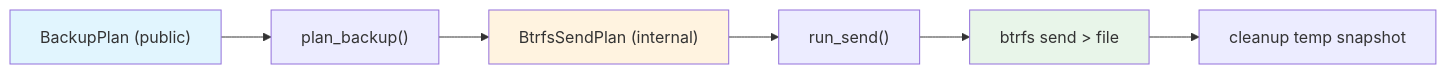
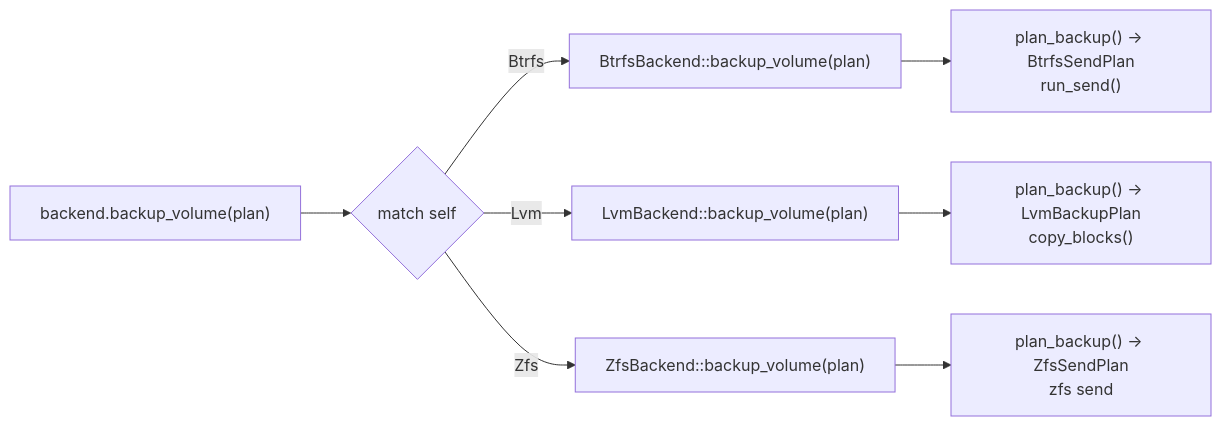
One commit to XUranus/vpt-rs changed the fourth of 6 diagrams in wiki/docs/concepts/architecture.md. Above: the diagram before and after it, drawn with Mermaid. The commit also changed other lines of this file and 52 other files, not shown here.

First line of the commit message:
Enhance wiki: mermaid rendering, detailed content, i18n (zh-Hans)

````diff
--- a/wiki/docs/concepts/architecture.md
+++ b/wiki/docs/concepts/architecture.md
@@ -200,12 +316,11 @@
 ```mermaid
 flowchart LR
-    A["BackupPlan (public)"] --> B["plan_backup()"]
-    B --> C["BtrfsSendPlan (internal)"]
-    C --> D["run_send()"]
-    D --> E["btrfs send > file"]
-    E --> F["cleanup temp snapshot"]
-
-    style A fill:#e1f5fe
-    style C fill:#fff3e0
-    style E fill:#e8f5e9
+    Call["backend.backup_volume(plan)"]
+    Call --> Match{"match self"}
+    Match -->|Btrfs| B["BtrfsBackend::backup_volume(plan)"]
+    Match -->|Lvm| L["LvmBackend::backup_volume(plan)"]
+    Match -->|Zfs| Z["ZfsBackend::backup_volume(plan)"]
+    B --> BPlan["plan_backup() -> BtrfsSendPlan<br/>run_send()"]
+    L --> LPlan["plan_backup() -> LvmBackupPlan<br/>copy_blocks()"]
+    Z --> ZPlan["plan_backup() -> ZfsSendPlan<br/>zfs send"]
 ```
````
